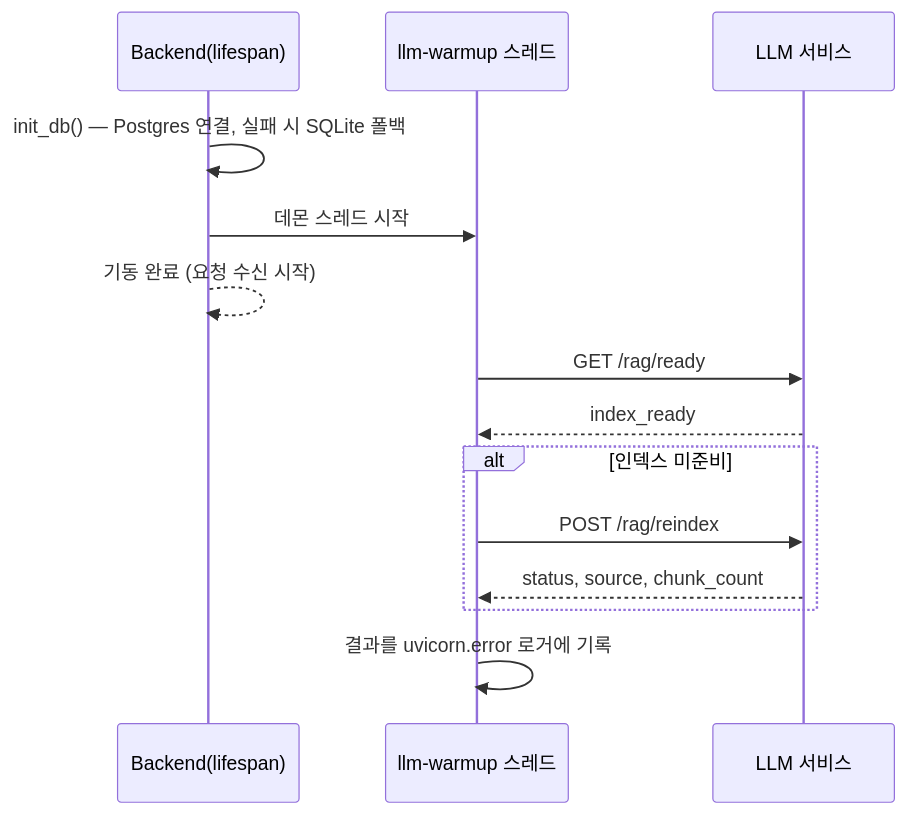
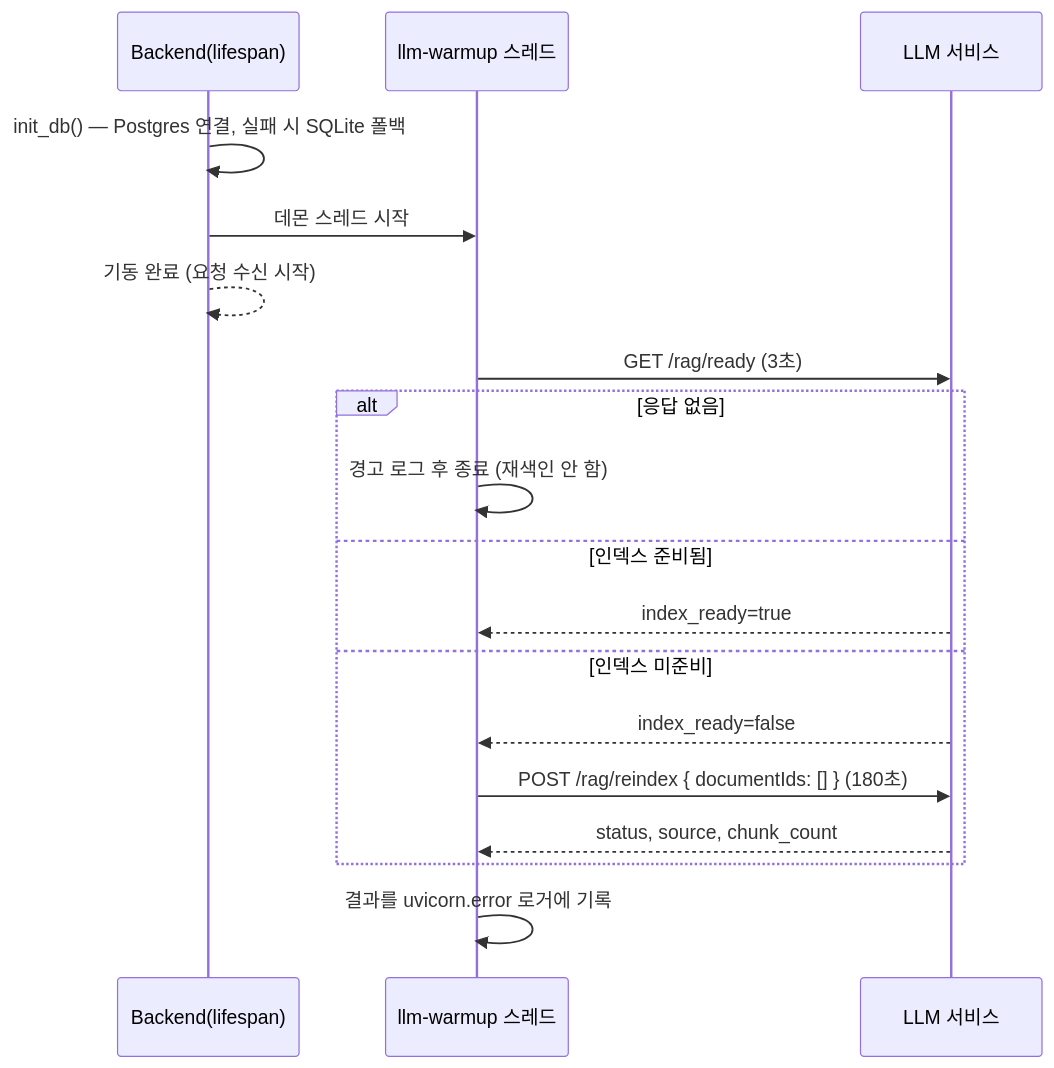
One commit to SKNETWORKS-FAMILY-AICAMP/SKN34-3rd-3Team changed the fourth of 4 diagrams in Docs/Design/SEQUENCE.md. Above: the diagram before and after it, drawn with Mermaid. The commit also changed other lines of this file and 19 other files, not shown here.

````diff
--- a/Docs/Design/SEQUENCE.md
+++ b/Docs/Design/SEQUENCE.md
@@ -96,17 +119,21 @@
 ```mermaid
 sequenceDiagram
     participant BE as Backend(lifespan)
     participant WU as llm-warmup 스레드
     participant LLM as LLM 서비스
 
     BE->>BE: init_db() — Postgres 연결, 실패 시 SQLite 폴백
     BE->>WU: 데몬 스레드 시작
     BE-->>BE: 기동 완료 (요청 수신 시작)
-    WU->>LLM: GET /rag/ready
-    LLM-->>WU: index_ready
-    alt 인덱스 미준비
-        WU->>LLM: POST /rag/reindex
+    WU->>LLM: GET /rag/ready (3초)
+    alt 응답 없음
+        WU->>WU: 경고 로그 후 종료 (재색인 안 함)
+    else 인덱스 준비됨
+        LLM-->>WU: index_ready=true
+    else 인덱스 미준비
+        LLM-->>WU: index_ready=false
+        WU->>LLM: POST /rag/reindex { documentIds: [] } (180초)
         LLM-->>WU: status, source, chunk_count
     end
     WU->>WU: 결과를 uvicorn.error 로거에 기록
 ```
````
